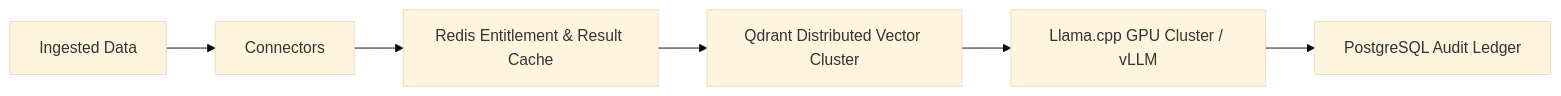
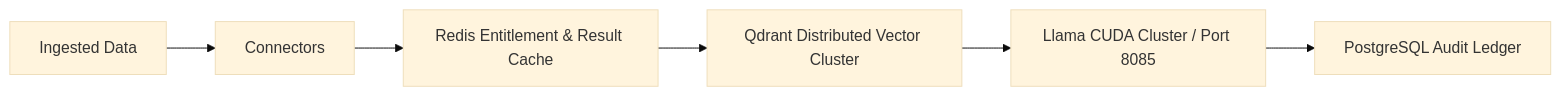
One commit to ParthVarekar/enterprise_knowledge_assistance changed the second of 2 diagrams in docs/DEPLOYMENT.md. Above: the diagram before and after it, drawn with Mermaid (base theme). The commit also changed other lines of this file and 3 other files, not shown here.

Commit message:
docs & fix(llm): Update README and docs for Gemma-4-E4B-IT CUDA setup, port 8085, start.bat, and stop-word search filtering

````diff
--- a/docs/DEPLOYMENT.md
+++ b/docs/DEPLOYMENT.md
@@ -208,8 +278,8 @@
 ```mermaid
 graph LR
     Sub[Ingested Data] --> Conn[Connectors]
     Conn --> Red[Redis Entitlement & Result Cache]
     Red --> Qdrant[Qdrant Distributed Vector Cluster]
-    Qdrant --> LlamaCluster[Llama.cpp GPU Cluster / vLLM]
+    Qdrant --> LlamaCluster[Llama CUDA Cluster / Port 8085]
     LlamaCluster --> Post[PostgreSQL Audit Ledger]
 ```
````
